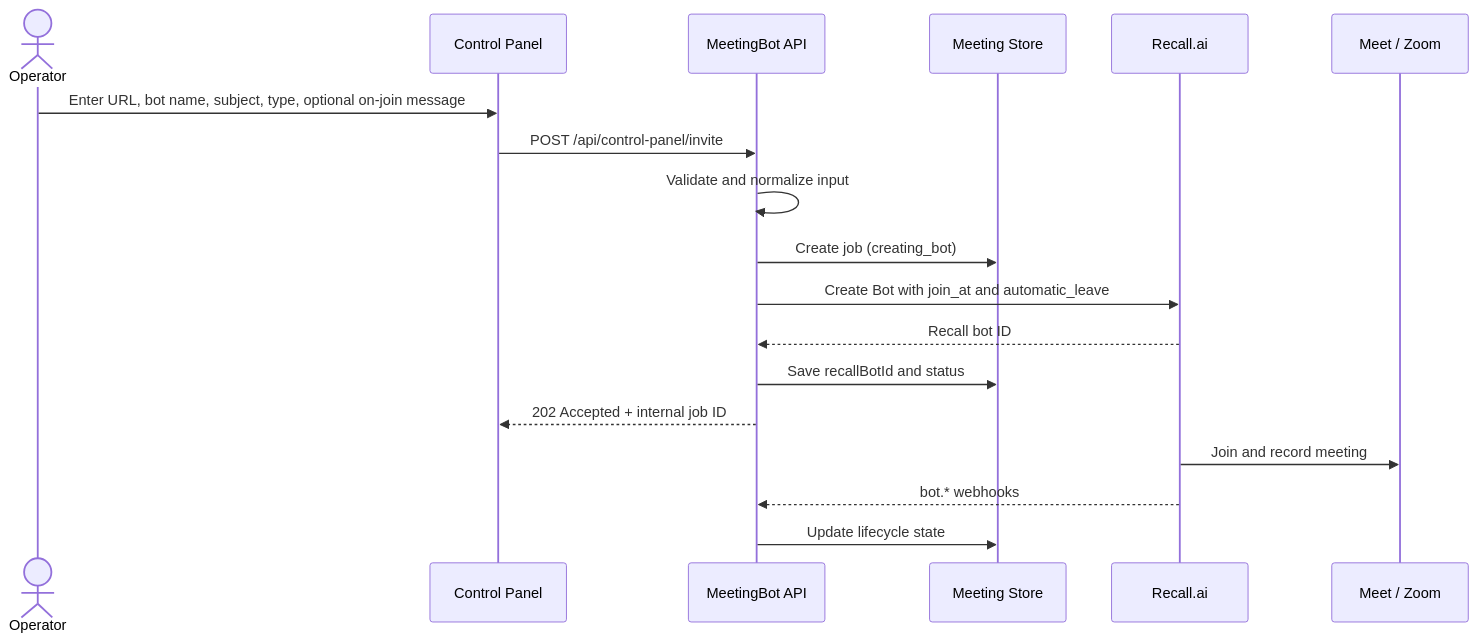
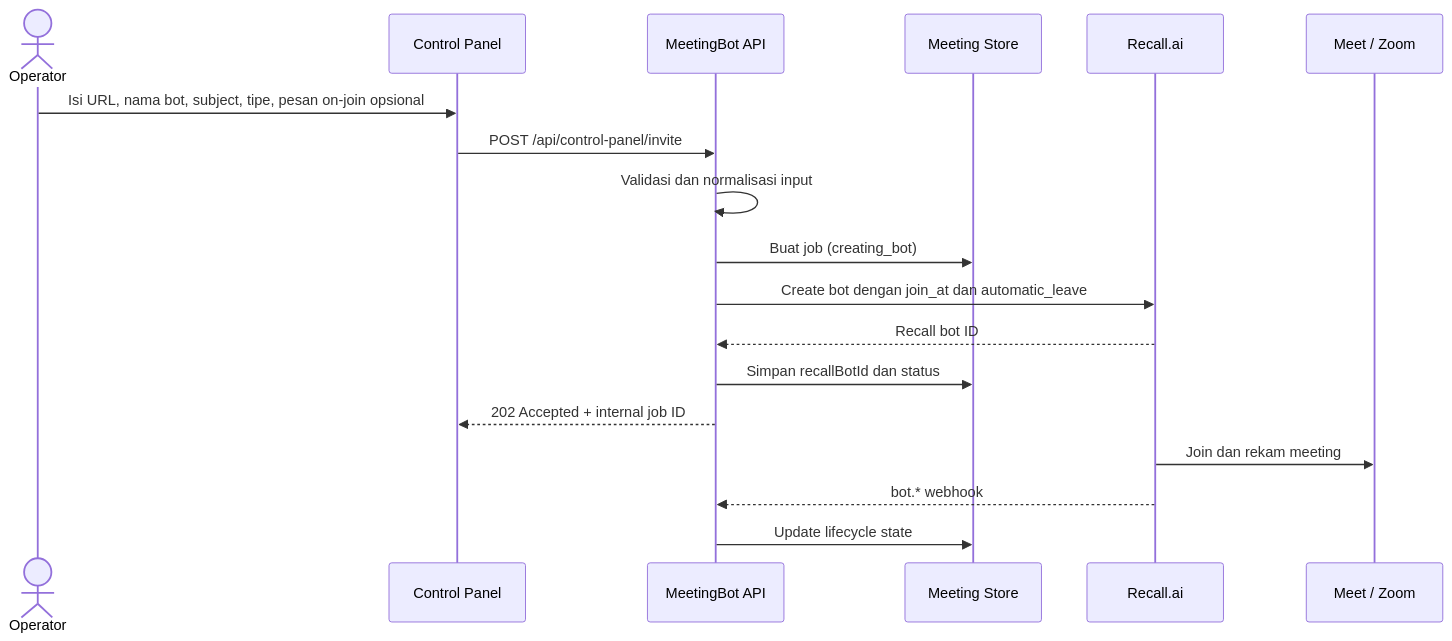
The third of 8 diagrams in docs/ARCHITECTURE.md (iwkz-dev/meetingbot), drawn with Mermaid before and after one commit. The commit also changed other lines of this file and 18 other files, not shown here.

````diff
--- a/docs/ARCHITECTURE.md
+++ b/docs/ARCHITECTURE.md
@@ -115,21 +121,21 @@
 ```mermaid
 sequenceDiagram
     actor Operator
     participant UI as Control Panel
     participant App as MeetingBot API
     participant Store as Meeting Store
     participant Recall as Recall.ai
     participant Call as Meet / Zoom
 
-    Operator->>UI: Enter URL, bot name, subject, type, optional on-join message
+    Operator->>UI: Isi URL, nama bot, subject, tipe, pesan on-join opsional
     UI->>App: POST /api/control-panel/invite
-    App->>App: Validate and normalize input
-    App->>Store: Create job (creating_bot)
-    App->>Recall: Create Bot with join_at and automatic_leave
+    App->>App: Validasi dan normalisasi input
+    App->>Store: Buat job (creating_bot)
+    App->>Recall: Create bot dengan join_at dan automatic_leave
     Recall-->>App: Recall bot ID
-    App->>Store: Save recallBotId and status
+    App->>Store: Simpan recallBotId dan status
     App-->>UI: 202 Accepted + internal job ID
-    Recall->>Call: Join and record meeting
-    Recall-->>App: bot.* webhooks
+    Recall->>Call: Join dan rekam meeting
+    Recall-->>App: bot.* webhook
     App->>Store: Update lifecycle state
 ```
````
